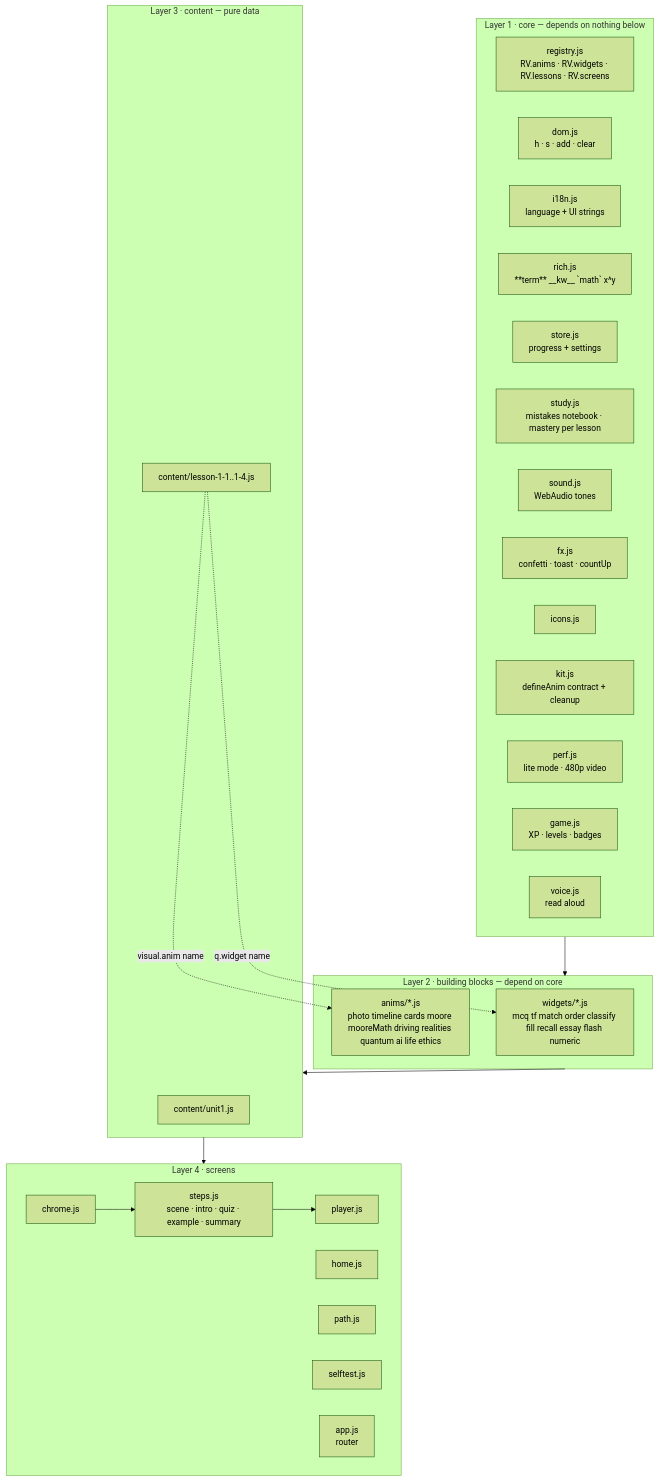
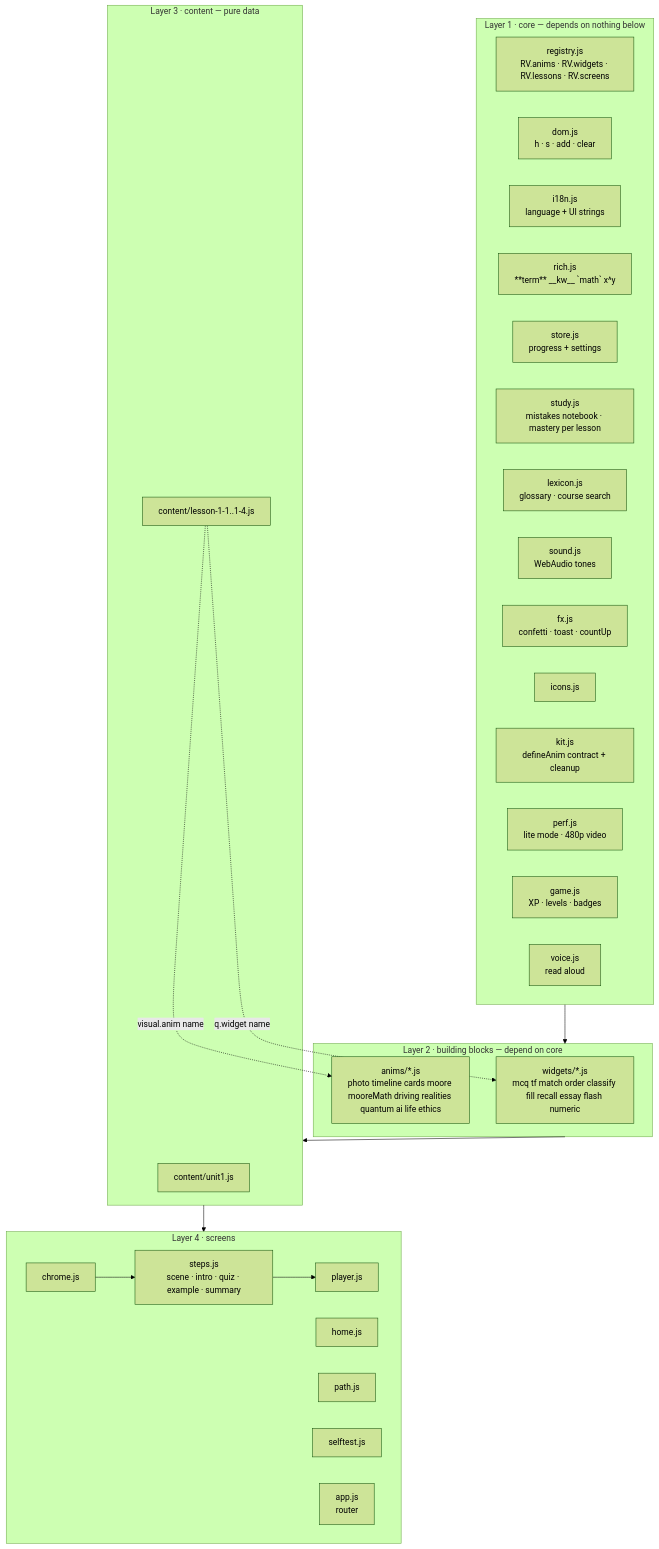
One commit to Dev-Mohamed-Ashraf/interactive-review-unit1 changed the diagram in docs/ARCHITECTURE.md. Above: the diagram before and after it, drawn with Mermaid (forest theme). The commit also changed 26 other files, not shown here.

First line of the commit message:
Add printable lesson summaries, a linked glossary and course-wide search

````diff
--- a/docs/ARCHITECTURE.md
+++ b/docs/ARCHITECTURE.md
@@ -7,35 +7,36 @@
 ```mermaid
 flowchart TD
   subgraph L1[Layer 1 · core — depends on nothing below]
     registry[registry.js<br/>RV.anims · RV.widgets · RV.lessons · RV.screens]
     dom[dom.js<br/>h · s · add · clear]
     i18n[i18n.js<br/>language + UI strings]
     rich[rich.js<br/>**term** __kw__ `math` x^y]
     store[store.js<br/>progress + settings]
     study[study.js<br/>mistakes notebook · mastery per lesson]
+    lexicon[lexicon.js<br/>glossary · course search]
     sound[sound.js<br/>WebAudio tones]
     fx[fx.js<br/>confetti · toast · countUp]
     icons[icons.js]
     kit[kit.js<br/>defineAnim contract + cleanup]
     perf[perf.js<br/>lite mode · 480p video]
     game[game.js<br/>XP · levels · badges]
     voice[voice.js<br/>read aloud]
   end
   subgraph L2[Layer 2 · building blocks — depend on core]
     widgets[widgets/*.js<br/>mcq tf match order classify fill recall essay flash numeric]
     anims[anims/*.js<br/>photo timeline cards moore mooreMath driving realities quantum ai life ethics]
   end
   subgraph L3[Layer 3 · content — pure data]
     unit[content/unit1.js]
     lessons[content/lesson-1-1..1-4.js]
   end
   subgraph L4[Layer 4 · screens]
     chrome[chrome.js] --> steps[steps.js<br/>scene · intro · quiz · example · summary]
     steps --> player[player.js]
     home[home.js]; path[path.js]; selftest[selftest.js]
     app[app.js<br/>router]
   end
   L1 --> L2 --> L3 --> L4
   lessons -. "visual.anim name" .-> anims
   lessons -. "q.widget name" .-> widgets
 ```
````
